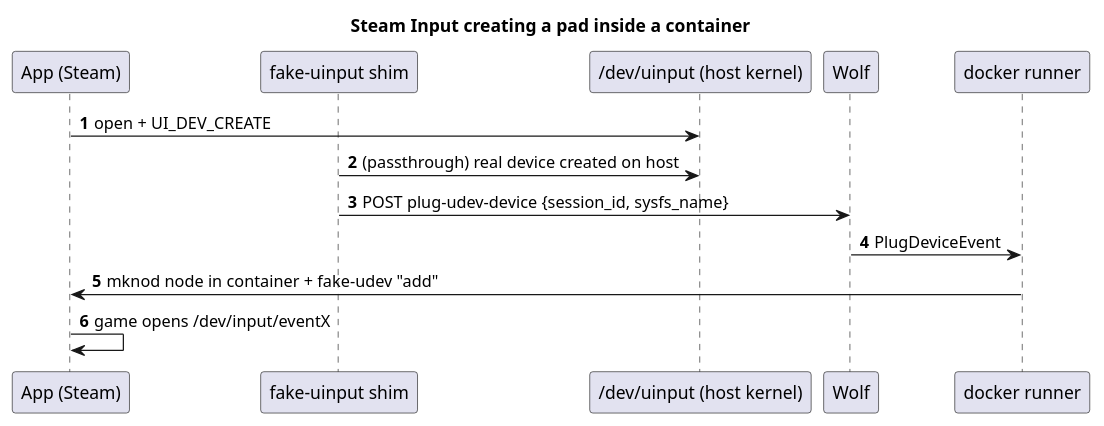
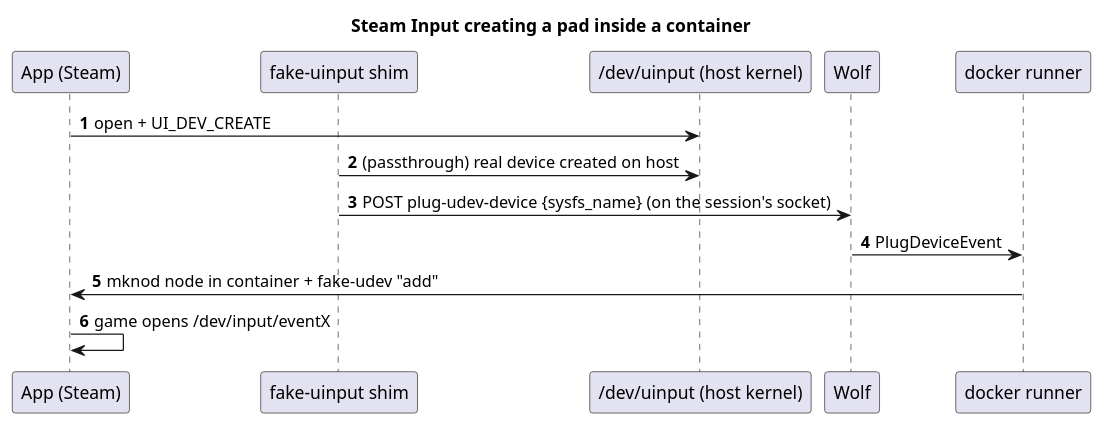
One commit to andrewdunndev/wolf changed the diagram in docs/modules/dev/pages/fake-uinput.adoc. Above: the diagram before and after it, drawn with PlantUML. The commit also changed other lines of this file, not shown here.

First line of the commit message:
docs(fake-uinput): describe the per-session socket and what Wolf checks

```diff
--- a/docs/modules/dev/pages/fake-uinput.adoc
+++ b/docs/modules/dev/pages/fake-uinput.adoc
@@ -46,18 +57,18 @@
 [plantuml,format=svg]
 ....
 title: Steam Input creating a pad inside a container
 autonumber
 
 participant App as "App (Steam)"
 participant Shim as "fake-uinput shim"
 participant uinput as "/dev/uinput (host kernel)"
 participant Wolf as Wolf
 participant Runner as "docker runner"
 
 App->uinput: open + UI_DEV_CREATE
 Shim->uinput: (passthrough) real device created on host
-Shim->Wolf: POST plug-udev-device {session_id, sysfs_name}
+Shim->Wolf: POST plug-udev-device {sysfs_name} (on the session's socket)
 Wolf->Runner: PlugDeviceEvent
 Runner->App: mknod node in container + fake-udev "add"
 App->App: game opens /dev/input/eventX
 ....
```
